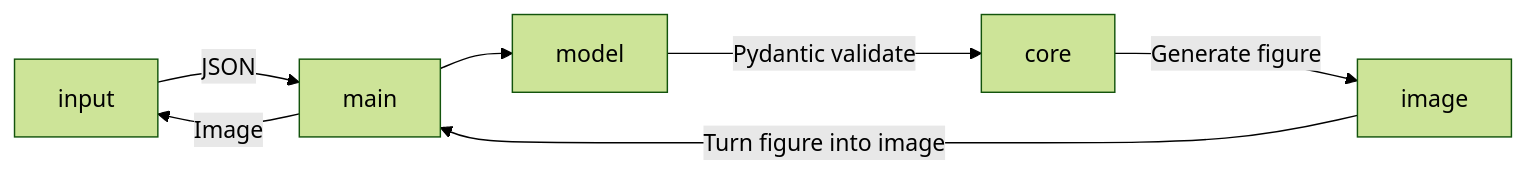
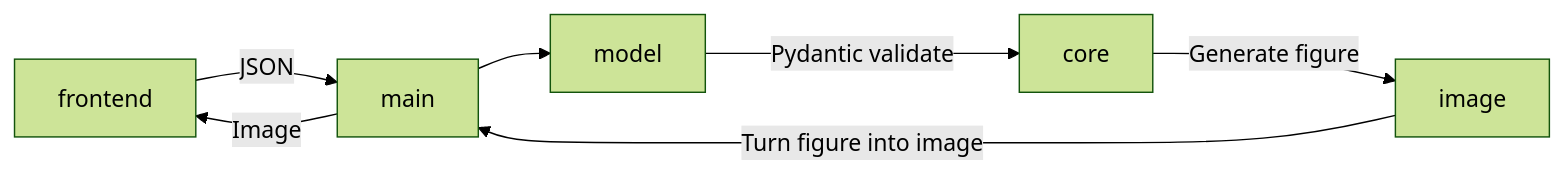
The diagram in README.md (anakin-1181/VisualStat-backend), drawn with Mermaid (forest theme) before and after one commit.

Commit message:
readme update

````diff
--- a/README.md
+++ b/README.md
@@ -45,4 +45,4 @@
 ```mermaid
 flowchart LR
-    A[input] -- JSON --> B[main] --> C[model] -- Pydantic validate --> D[core] -- Generate figure --> E[image] -- Turn figure into image--> B --Image --> A
+    A[frontend] -- JSON --> B[main] --> C[model] -- Pydantic validate --> D[core] -- Generate figure --> E[image] -- Turn figure into image--> B --Image --> A
 ```
````
